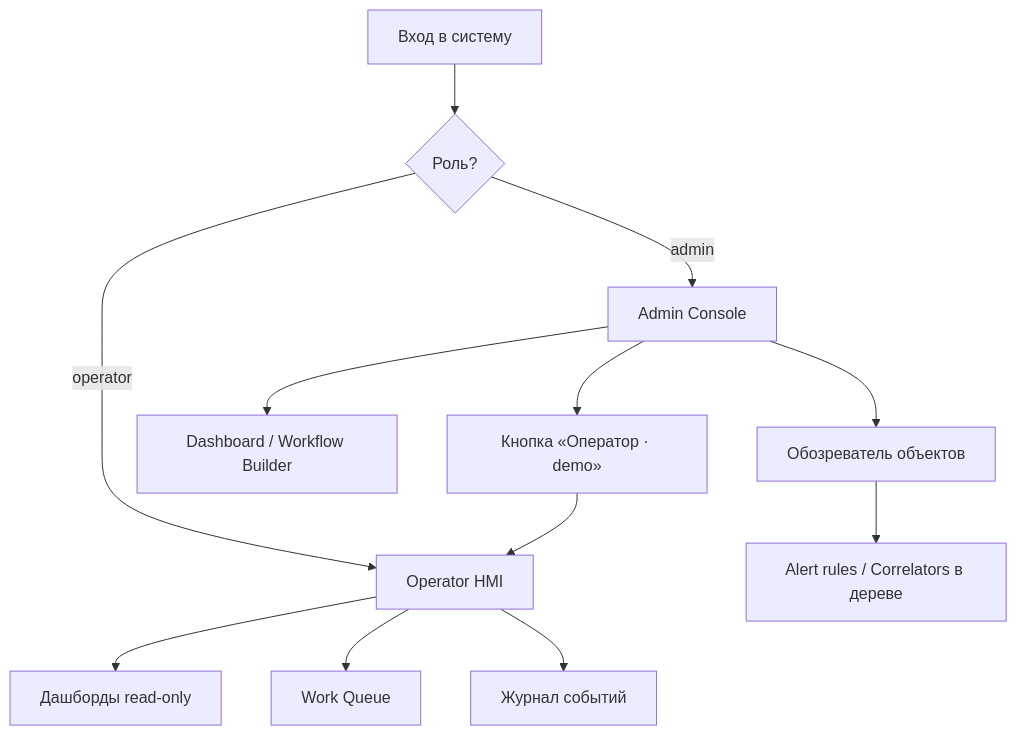
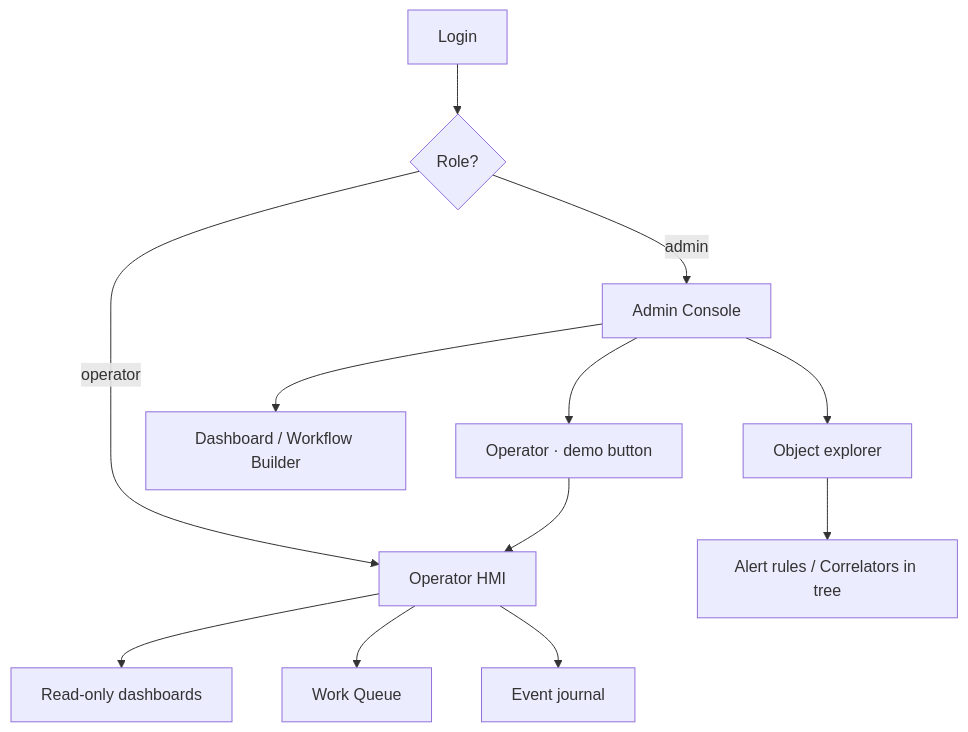
The second of 2 diagrams in docs/ru/product.md (iot-solutions-ru/ispf), drawn with Mermaid before and after one commit. The commit also changed other lines of this file and 15 other files, not shown here.

````diff
--- a/docs/ru/product.md
+++ b/docs/ru/product.md
@@ -183,14 +183,14 @@
 ```mermaid
 flowchart TD
-    LOGIN[Вход в систему] --> ROLE{Роль?}
+    LOGIN[Login] --> ROLE{Role?}
     ROLE -->|admin| ADMIN[Admin Console]
     ROLE -->|operator| OP[Operator HMI]
-    ADMIN --> EXPLORER[Обозреватель объектов]
+    ADMIN --> EXPLORER[Object explorer]
     ADMIN --> BUILDER[Dashboard / Workflow Builder]
-    EXPLORER --> AUTO[Alert rules / Correlators в дереве]
-    ADMIN --> OPBTN[Кнопка «Оператор · demo»]
+    EXPLORER --> AUTO[Alert rules / Correlators in tree]
+    ADMIN --> OPBTN["Operator · demo button"]
     OPBTN --> OP
-    OP --> DASH[Дашборды read-only]
+    OP --> DASH[Read-only dashboards]
     OP --> WQ[Work Queue]
-    OP --> EJ[Журнал событий]
+    OP --> EJ[Event journal]
 ```
````
